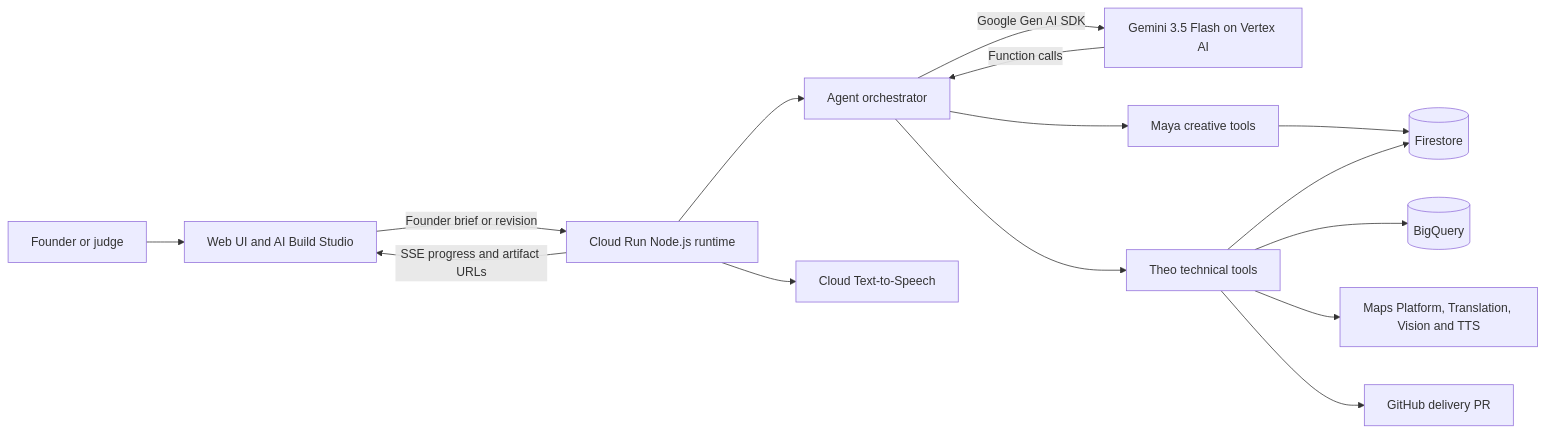
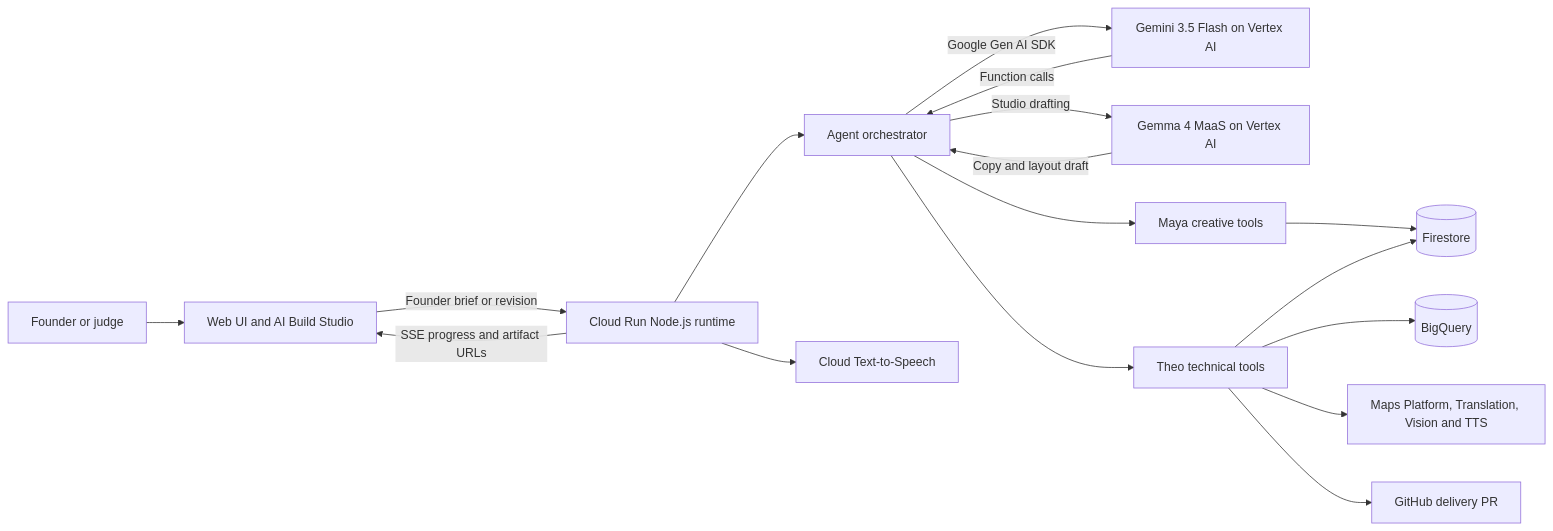
The diagram in README.md (stalkiq/cofounderlive), drawn with Mermaid before and after one commit. The commit also changed other lines of this file, not shown here.

First line of the commit message:
Document Gemma 4 studio drafting in the README

````diff
--- a/README.md
+++ b/README.md
@@ -121,17 +140,19 @@
 ```mermaid
 flowchart LR
     Founder[Founder or judge] --> UI[Web UI and AI Build Studio]
     UI -->|Founder brief or revision| Run[Cloud Run Node.js runtime]
     Run --> Agent[Agent orchestrator]
     Agent -->|Google Gen AI SDK| Vertex[Gemini 3.5 Flash on Vertex AI]
+    Agent -->|Studio drafting| Gemma[Gemma 4 MaaS on Vertex AI]
+    Gemma -->|Copy and layout draft| Agent
     Vertex -->|Function calls| Agent
     Agent --> Maya[Maya creative tools]
     Agent --> Theo[Theo technical tools]
     Maya --> Firestore[(Firestore)]
     Theo --> Firestore
     Theo --> BigQuery[(BigQuery)]
     Theo --> GoogleActions[Maps Platform, Translation, Vision and TTS]
     Theo --> GitHub[GitHub delivery PR]
     Run --> TTS[Cloud Text-to-Speech]
     Run -->|SSE progress and artifact URLs| UI
 ```
````
